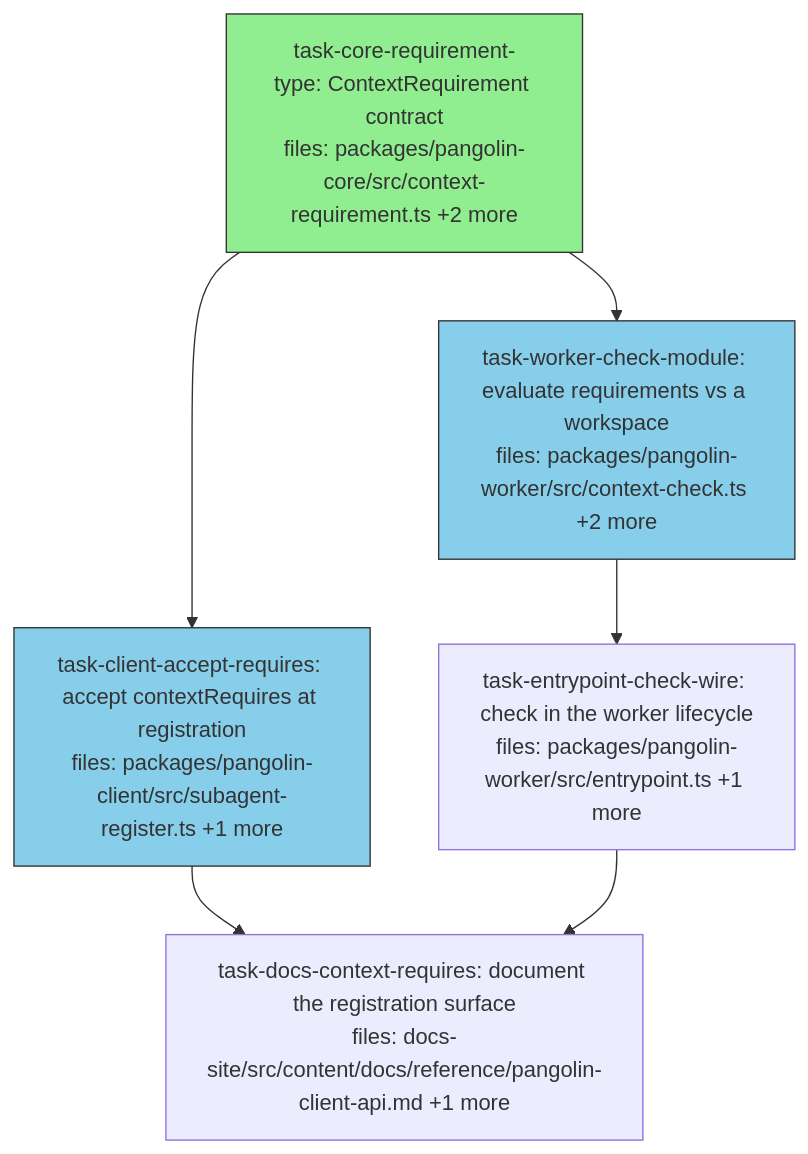
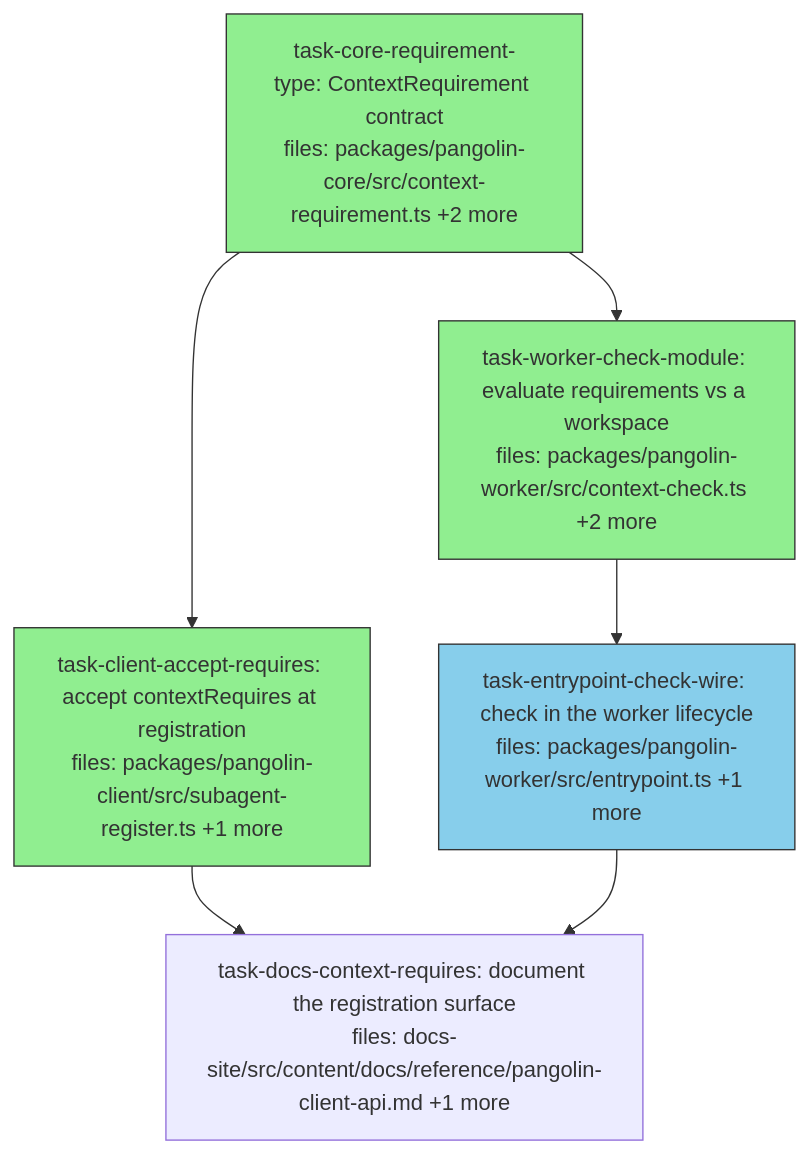
One commit to QuarrySystems/pangolin changed the diagram in docs/superpowers/plans/2026-08-03-staged-context-verification-dag.md. Above: the diagram before and after it, drawn with Mermaid. The commit also changed other lines of this file, not shown here.

Commit message:
chore(plan): client + worker done; dispatch tick 3 (entrypoint wiring)

````diff
--- a/docs/superpowers/plans/2026-08-03-staged-context-verification-dag.md
+++ b/docs/superpowers/plans/2026-08-03-staged-context-verification-dag.md
@@ -9,20 +9,20 @@
 ```mermaid
 flowchart TD
     task-core-requirement-type["task-core-requirement-type: ContextRequirement contract<br/>files: packages/pangolin-core/src/context-requirement.ts +2 more"]:::done
-    task-client-accept-requires["task-client-accept-requires: accept contextRequires at registration<br/>files: packages/pangolin-client/src/subagent-register.ts +1 more"]:::running
-    task-worker-check-module["task-worker-check-module: evaluate requirements vs a workspace<br/>files: packages/pangolin-worker/src/context-check.ts +2 more"]:::running
-    task-entrypoint-check-wire["task-entrypoint-check-wire: check in the worker lifecycle<br/>files: packages/pangolin-worker/src/entrypoint.ts +1 more"]
+    task-client-accept-requires["task-client-accept-requires: accept contextRequires at registration<br/>files: packages/pangolin-client/src/subagent-register.ts +1 more"]:::done
+    task-worker-check-module["task-worker-check-module: evaluate requirements vs a workspace<br/>files: packages/pangolin-worker/src/context-check.ts +2 more"]:::done
+    task-entrypoint-check-wire["task-entrypoint-check-wire: check in the worker lifecycle<br/>files: packages/pangolin-worker/src/entrypoint.ts +1 more"]:::running
     task-docs-context-requires["task-docs-context-requires: document the registration surface<br/>files: docs-site/src/content/docs/reference/pangolin-client-api.md +1 more"]
 
     task-core-requirement-type --> task-client-accept-requires
     task-core-requirement-type --> task-worker-check-module
     task-worker-check-module --> task-entrypoint-check-wire
     task-client-accept-requires --> task-docs-context-requires
     task-entrypoint-check-wire --> task-docs-context-requires
 
     classDef done fill:#90ee90,stroke:#333
     classDef ready fill:#fffacd,stroke:#333
     classDef running fill:#87ceeb,stroke:#333
     classDef failed fill:#ffb6c1,stroke:#333
     classDef skipped fill:#d3d3d3,stroke:#333,stroke-dasharray: 5 5
 ```
````
